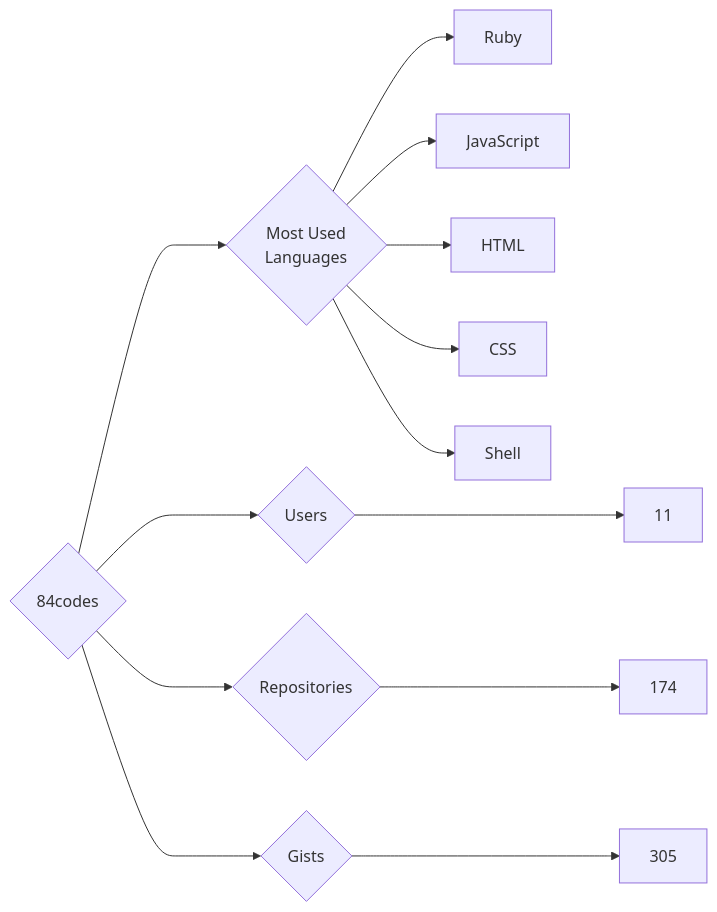
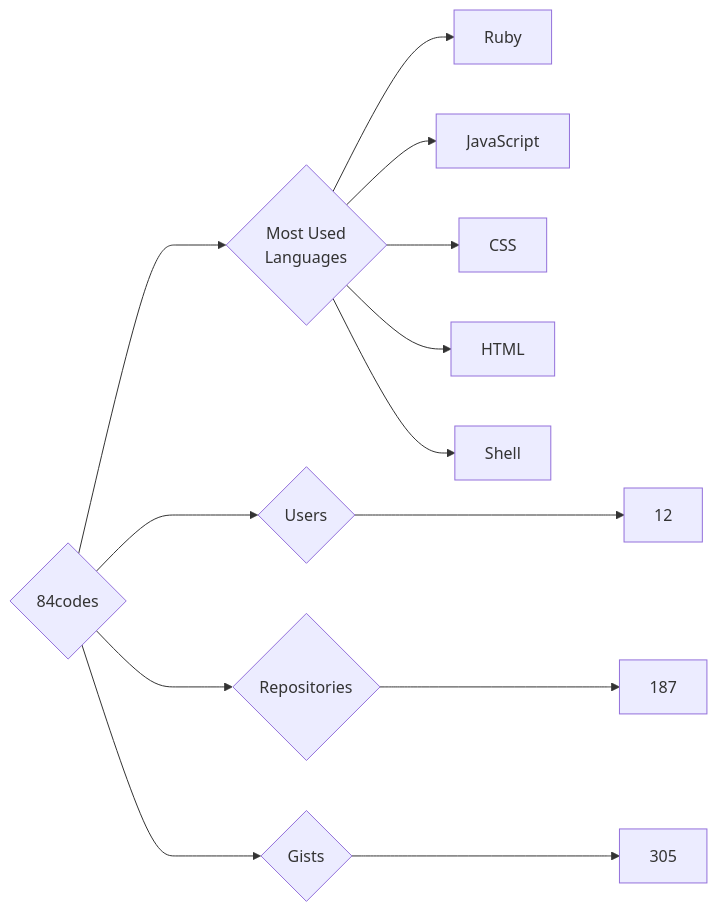
The diagram in targets/84codes/README.md (trickest/insiders), drawn with Mermaid before and after one commit. The commit also changed 773 other files, not shown here.

````diff
--- a/targets/84codes/README.md
+++ b/targets/84codes/README.md
@@ -3,13 +3,13 @@
 ```mermaid
 graph LR
 COMPANY_NAME{84codes}
-COMPANY_NAME ---> U{Users} ---> UN[11]
-COMPANY_NAME ---> R{Repositories} ---> RN[174]
+COMPANY_NAME ---> U{Users} ---> UN[12]
+COMPANY_NAME ---> R{Repositories} ---> RN[187]
 COMPANY_NAME ---> G{Gists} ---> GN[305]
 COMPANY_NAME ---> ML{Most Used<br>Languages}
 ML --> Ruby[Ruby]
 ML --> JavaScript[JavaScript]
+ML --> CSS[CSS]
 ML --> HTML[HTML]
-ML --> CSS[CSS]
 ML --> Shell[Shell]
 ```
````
